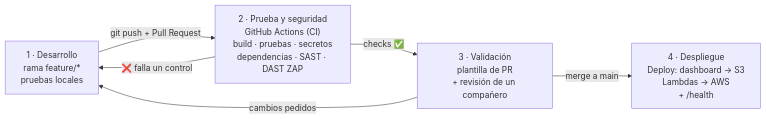
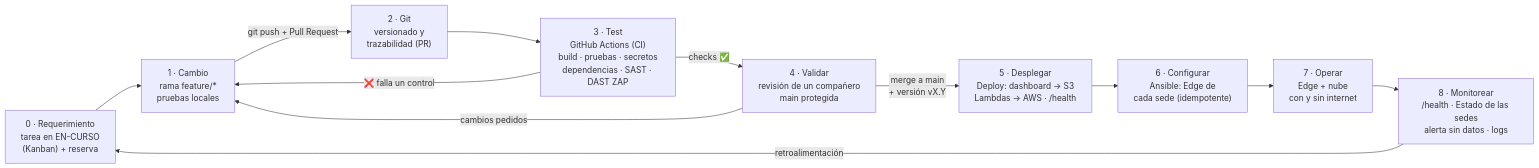
Before and after one commit to Aburahamu20/Induplac: the diagram in docs/devops.md, drawn with Mermaid. The commit also changed other lines of this file and 6 other files, not shown here.

First line of the commit message:
docs: pipeline con Ansible, versiones v0.1 a v0.7 y rollback, reflexión de Ansible y notas para el PPT de la Nota 3

````diff
--- a/docs/devops.md
+++ b/docs/devops.md
@@ -6,8 +8,14 @@
 ```mermaid
 flowchart LR
-    A["1 · Desarrollo<br/>rama feature/*<br/>pruebas locales"] -->|"git push + Pull Request"| B["2 · Prueba y seguridad<br/>GitHub Actions (CI)<br/>build · pruebas · secretos<br/>dependencias · SAST · DAST ZAP"]
-    B -->|"checks ✅"| C["3 · Validación<br/>plantilla de PR<br/>+ revisión de un compañero"]
-    C -->|"merge a main"| D["4 · Despliegue<br/>Deploy: dashboard → S3<br/>Lambdas → AWS<br/>+ /health"]
+    R["0 · Requerimiento<br/>tarea en EN-CURSO<br/>(Kanban) + reserva"] --> A["1 · Cambio<br/>rama feature/*<br/>pruebas locales"]
+    A -->|"git push + Pull Request"| G["2 · Git<br/>versionado y<br/>trazabilidad (PR)"]
+    G --> B["3 · Test<br/>GitHub Actions (CI)<br/>build · pruebas · secretos<br/>dependencias · SAST · DAST ZAP"]
+    B -->|"checks ✅"| C["4 · Validar<br/>revisión de un compañero<br/>main protegida"]
+    C -->|"merge a main<br/>+ versión vX.Y"| D["5 · Desplegar<br/>Deploy: dashboard → S3<br/>Lambdas → AWS · /health"]
+    D --> K["6 · Configurar<br/>Ansible: Edge de<br/>cada sede (idempotente)"]
+    K --> O["7 · Operar<br/>Edge + nube<br/>con y sin internet"]
+    O --> M["8 · Monitorear<br/>/health · Estado de las sedes<br/>alerta sin datos · logs"]
+    M -->|"retroalimentación"| R
     B -->|"❌ falla un control"| A
     C -->|"cambios pedidos"| A
 ```
````
